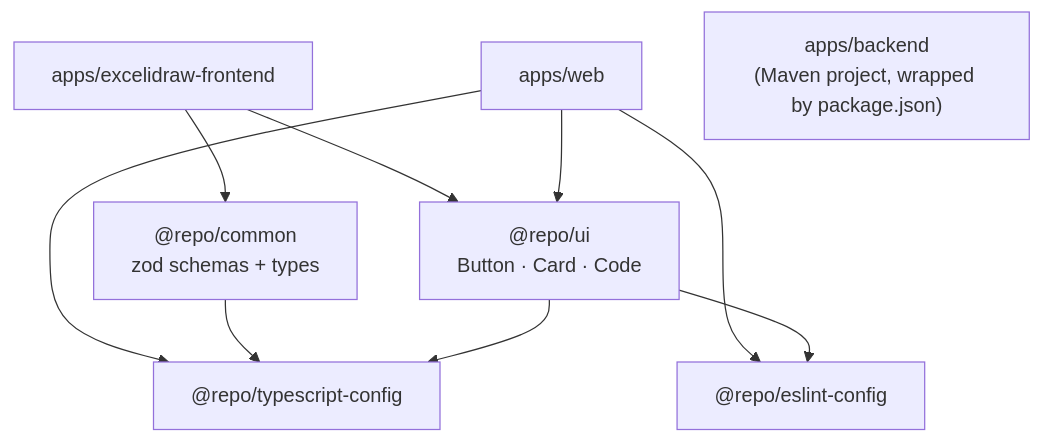
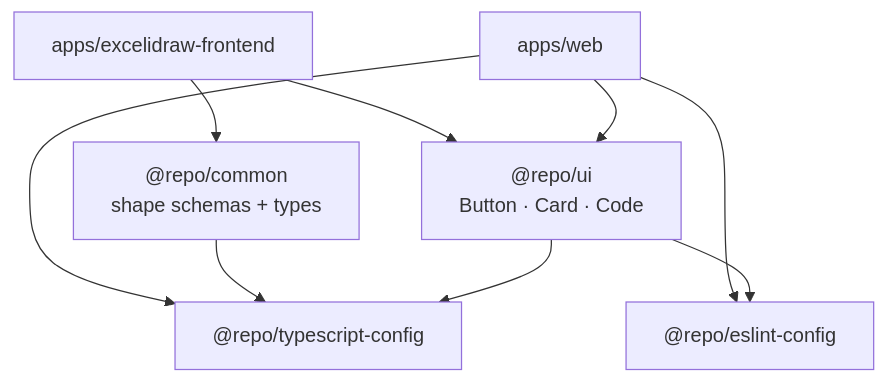
One commit to utkarshpawade/XCALI changed the second of 11 diagrams in README.md. Above: the diagram before and after it, drawn with Mermaid. The commit also changed other lines of this file and 10 other files, not shown here.

First line of the commit message:
backend: build as a standalone Maven project, outside the pnpm workspace

````diff
--- a/README.md
+++ b/README.md
@@ -145,19 +145,18 @@
 ```mermaid
 flowchart TD
     fe["apps/excelidraw-frontend"]
     web["apps/web"]
-    be["apps/backend<br/>(Maven project, wrapped by package.json)"]
-    common["@repo/common<br/>zod schemas + types"]
+    common["@repo/common<br/>shape schemas + types"]
     ui["@repo/ui<br/>Button · Card · Code"]
     eslint["@repo/eslint-config"]
     tsconfig["@repo/typescript-config"]
 
     fe --> common
     fe --> ui
     web --> ui
     web --> eslint
     web --> tsconfig
     common --> tsconfig
     ui --> eslint
     ui --> tsconfig
 ```
````
